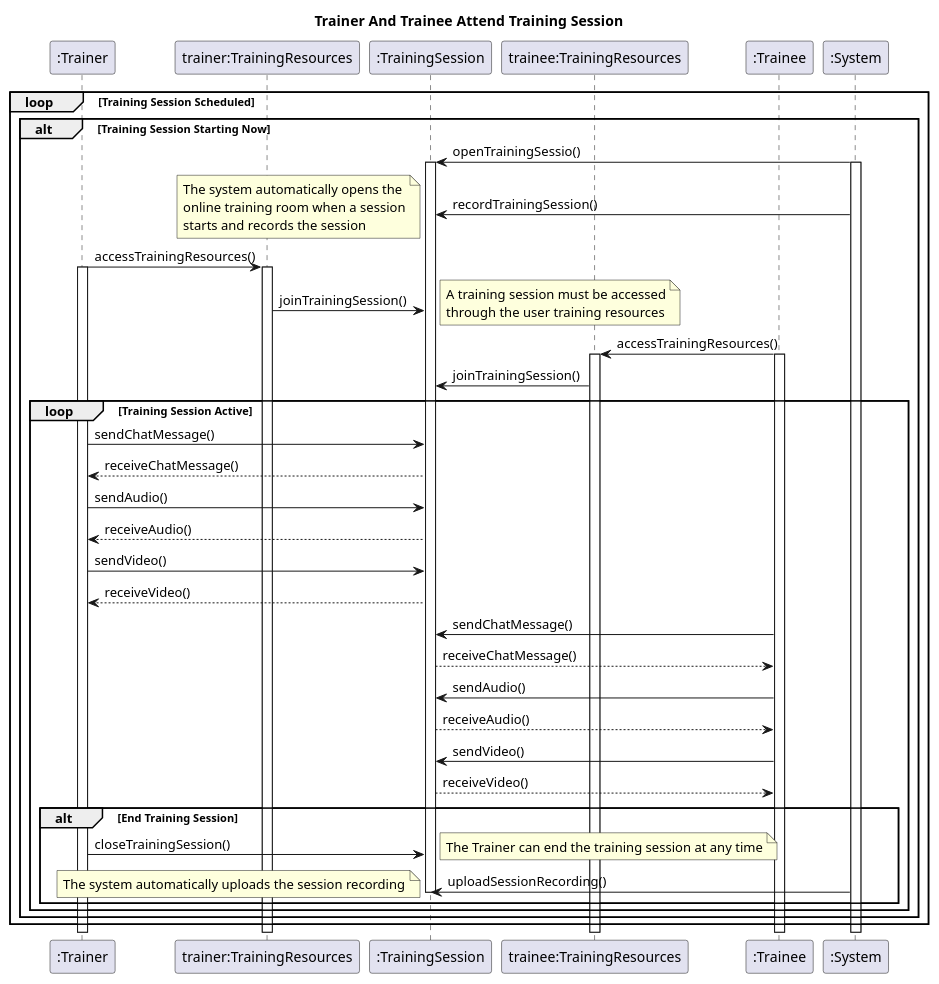
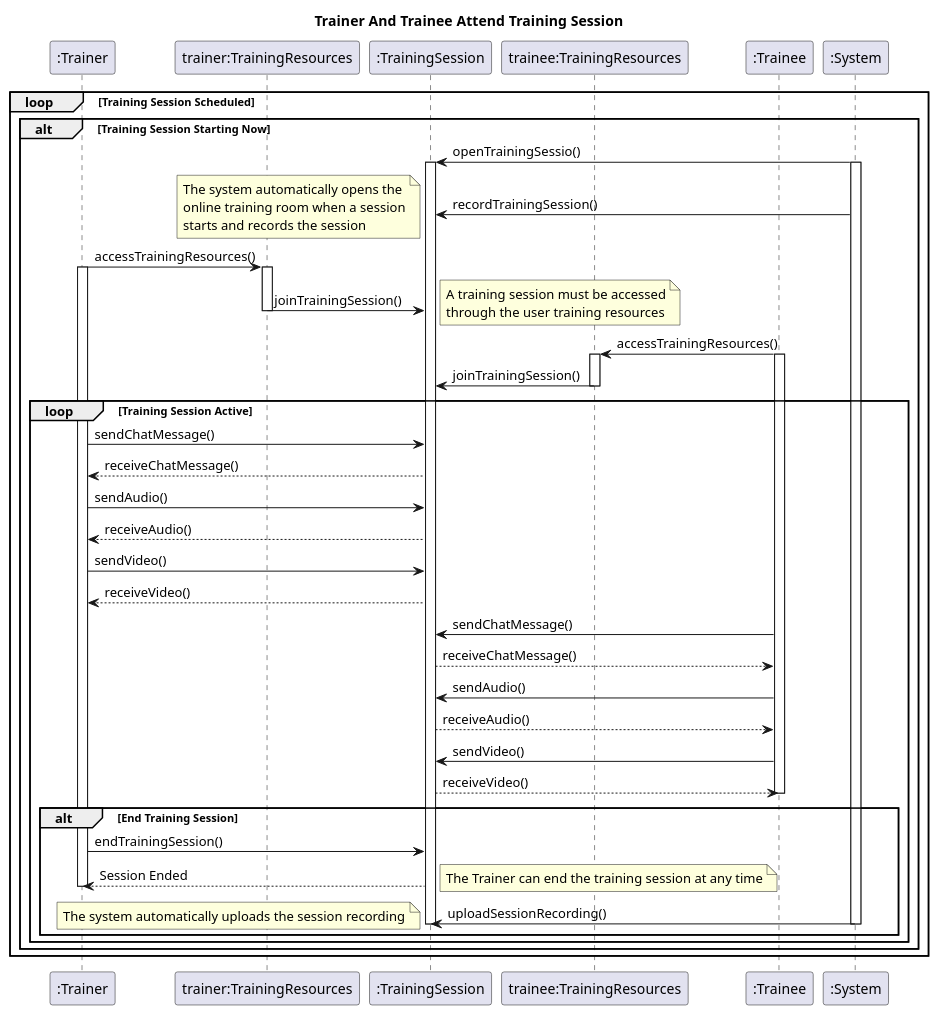
One commit to lukegasbarro/SEF_Group67 changed the diagram in trainerAndTrainee.plantuml. Above: the diagram before and after it, drawn with PlantUML.

Commit message:
Update trainer and trainee training session

```diff
--- a/trainerAndTrainee.plantuml
+++ b/trainerAndTrainee.plantuml
@@ -1,67 +1,70 @@
 @startuml
 title "Trainer And Trainee Attend Training Session"
 
 participant ":Trainer" as trainer
 participant "trainer:TrainingResources" as trainerResources
 participant ":TrainingSession" as trainingSession
 participant "trainee:TrainingResources" as traineeResources
 participant ":Trainee" as trainee
 participant ":System" as system
 
 loop Training Session Scheduled
     alt Training Session Starting Now
         ' open room
         system -> trainingSession : openTrainingSessio()
         activate system
         activate trainingSession
         system -> trainingSession : recordTrainingSession()
         note left: The system automatically opens the\nonline training room when a session\nstarts and records the session
         ' access resources
         trainer -> trainerResources : accessTrainingResources()
         activate trainer
         activate trainerResources
         ' join session
         trainerResources -> trainingSession : joinTrainingSession()
+        deactivate trainerResources
         note right: A training session must be accessed\nthrough the user training resources
         trainee -> traineeResources : accessTrainingResources()
         activate trainee
         activate traineeResources
         traineeResources -> trainingSession : joinTrainingSession()
+        deactivate traineeResources
         
         ' trainer session
         loop Training Session Active
             trainer -> trainingSession : sendChatMessage()
             trainingSession --> trainer : receiveChatMessage()
             trainer -> trainingSession : sendAudio()
             trainingSession --> trainer : receiveAudio()
             trainer -> trainingSession : sendVideo()
             trainingSession --> trainer : receiveVideo()
         ' end
                 
         ' trainee session
         ' loop Training Session Active
             trainee -> trainingSession : sendChatMessage()
             trainingSession --> trainee : receiveChatMessage()
             trainee -> trainingSession : sendAudio()
             trainingSession --> trainee : receiveAudio()
             trainee -> trainingSession : sendVideo()
             trainingSession --> trainee : receiveVideo()
+            deactivate trainee
 
             ' end training session
             alt End Training Session
-                trainer -> trainingSession : closeTrainingSession()
+                trainer -> trainingSession : endTrainingSession()
+                trainingSession --> trainer : Session Ended
+                deactivate trainer
                 note right: The Trainer can end the training session at any time
 
                 ' upload recording
                 system -> trainingSession : uploadSessionRecording()
                 note left: The system automatically uploads the session recording
+                deactivate system
                 deactivate trainingSession
             end
         end
-        
-        
-
     end
 end
 
 @enduml
```
